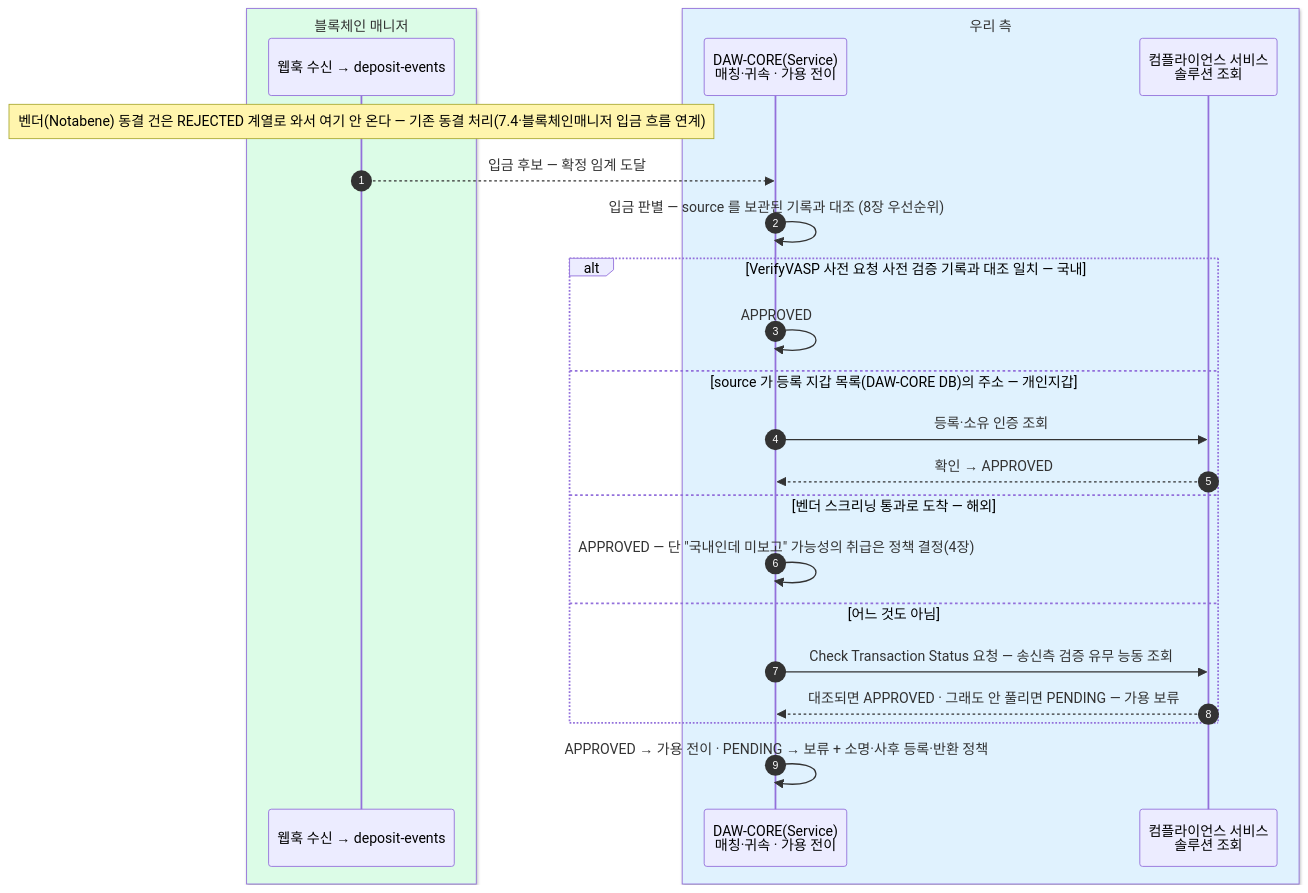
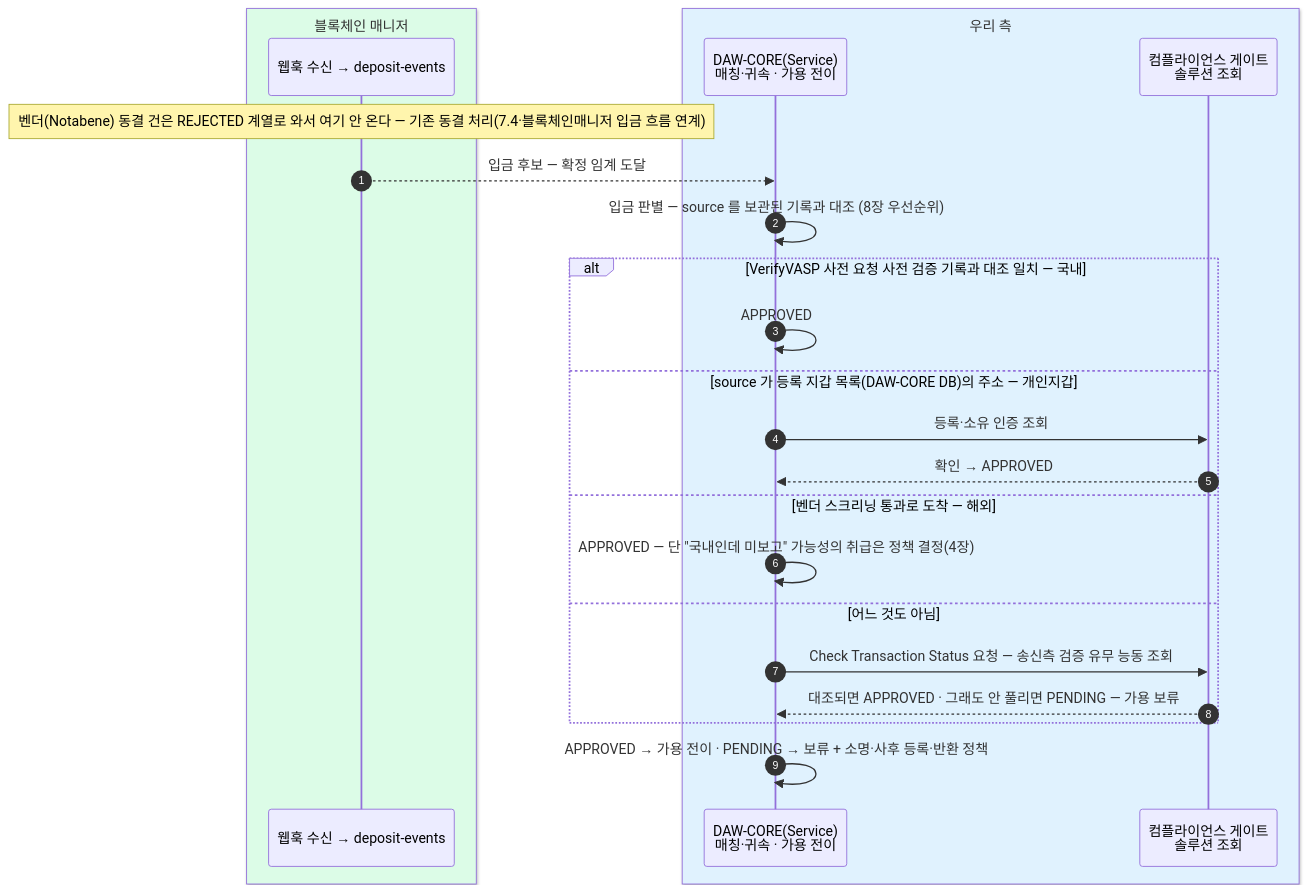
One commit to eunsujeo/eunpus changed the fifth of 11 diagrams in blockchain-manager/docs/트래블룰/설계/07-scenarios.md. Above: the diagram before and after it, drawn with Mermaid. The commit also changed other lines of this file and 47 other files, not shown here.

First line of the commit message:
웹훅 상세 설계 + BC 카테고리 개편 + ERD·시나리오 애니메이션 도구

````diff
--- a/blockchain-manager/docs/트래블룰/설계/07-scenarios.md
+++ b/blockchain-manager/docs/트래블룰/설계/07-scenarios.md
@@ -224,27 +224,27 @@
 ```mermaid
 sequenceDiagram
     autonumber
     box rgb(220,252,231) 블록체인 매니저
     participant BM as 웹훅 수신 → deposit-events
     end
     box rgb(224,242,254) 우리 측
     participant BE as DAW-CORE(Service)<br/>매칭·귀속 · 가용 전이
-    participant GT as 컴플라이언스 서비스<br/>솔루션 조회
+    participant GT as 컴플라이언스 게이트<br/>솔루션 조회
     end
 
     Note over BM: 벤더(Notabene) 동결 건은 REJECTED 계열로 와서 여기 안 온다 — 기존 동결 처리(7.4·블록체인매니저 입금 흐름 연계)
     BM-->>BE: 입금 후보 — 확정 임계 도달
     BE->>BE: 입금 판별 — source 를 보관된 기록과 대조 (8장 우선순위)
     alt VerifyVASP 사전 요청 사전 검증 기록과 대조 일치 — 국내
         BE->>BE: APPROVED
     else source 가 등록 지갑 목록(DAW-CORE DB)의 주소 — 개인지갑
         BE->>GT: 등록·소유 인증 조회
         GT-->>BE: 확인 → APPROVED
     else 벤더 스크리닝 통과로 도착 — 해외
         BE->>BE: APPROVED — 단 "국내인데 미보고" 가능성의 취급은 정책 결정(4장)
     else 어느 것도 아님
         BE->>GT: Check Transaction Status 요청 — 송신측 검증 유무 능동 조회
         GT-->>BE: 대조되면 APPROVED · 그래도 안 풀리면 PENDING — 가용 보류
     end
     BE->>BE: APPROVED → 가용 전이 · PENDING → 보류 + 소명·사후 등록·반환 정책
 ```
````
